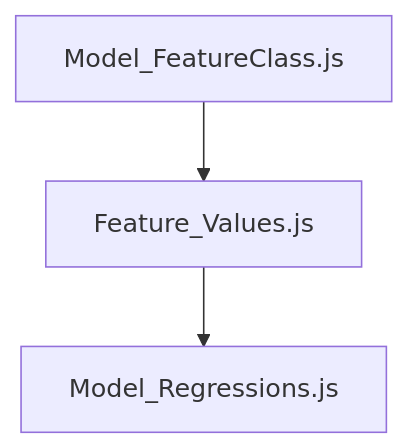
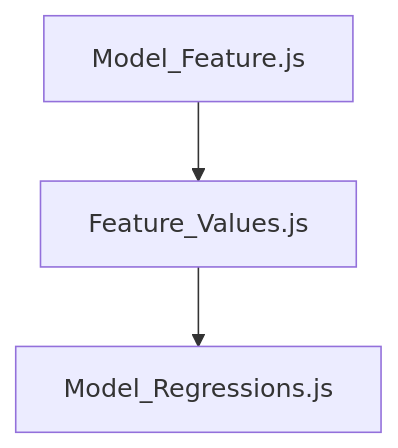
The diagram in README.md (afullhart/SantaRita), drawn with Mermaid before and after one commit. The commit also changed other lines of this file, not shown here.

````diff
--- a/README.md
+++ b/README.md
@@ -1,5 +1,5 @@
 ```mermaid
 graph TD;
-    A[Model_FeatureClass.js] --> B[Feature_Values.js];
+    A[Model_Feature.js] --> B[Feature_Values.js];
     B --> C[Model_Regressions.js];
 ```
````
